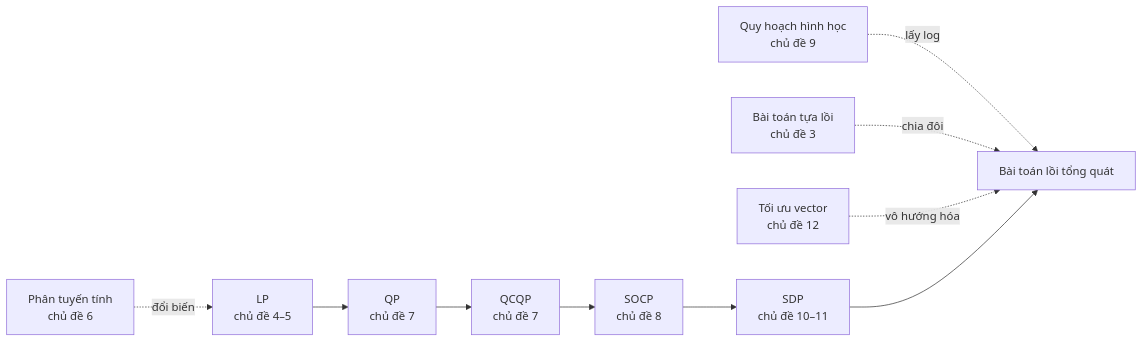
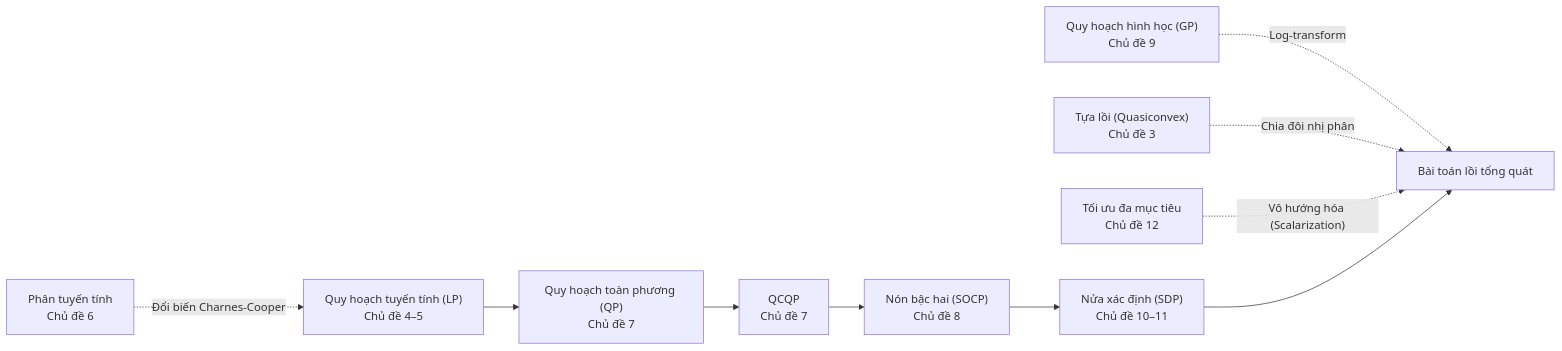
Before and after one commit to KazinMintori/StudyHub: the diagram in docs/toan-cho-ai/bai-giang/bai-02-tap-loi.md, drawn with Mermaid. The commit also changed other lines of this file and 26 other files, not shown here.

````diff
--- a/docs/toan-cho-ai/bai-giang/bai-02-tap-loi.md
+++ b/docs/toan-cho-ai/bai-giang/bai-02-tap-loi.md
@@ -52,12 +72,12 @@
 ```mermaid
 flowchart LR
-    LP["LP<br/>chủ đề 4–5"] --> QP["QP<br/>chủ đề 7"]
-    QP --> QCQP["QCQP<br/>chủ đề 7"]
-    QCQP --> SOCP["SOCP<br/>chủ đề 8"]
-    SOCP --> SDP["SDP<br/>chủ đề 10–11"]
-    LFP["Phân tuyến tính<br/>chủ đề 6"] -.->|"đổi biến"| LP
-    GP["Quy hoạch hình học<br/>chủ đề 9"] -.->|"lấy log"| CVX["Bài toán lồi tổng quát"]
-    QCVX["Bài toán tựa lồi<br/>chủ đề 3"] -.->|"chia đôi"| CVX
-    VEC["Tối ưu vector<br/>chủ đề 12"] -.->|"vô hướng hóa"| CVX
+    LP["Quy hoạch tuyến tính (LP)<br/>Chủ đề 4–5"] --> QP["Quy hoạch toàn phương (QP)<br/>Chủ đề 7"]
+    QP --> QCQP["QCQP<br/>Chủ đề 7"]
+    QCQP --> SOCP["Nón bậc hai (SOCP)<br/>Chủ đề 8"]
+    SOCP --> SDP["Nửa xác định (SDP)<br/>Chủ đề 10–11"]
+    LFP["Phân tuyến tính<br/>Chủ đề 6"] -.->|"Đổi biến Charnes-Cooper"| LP
+    GP["Quy hoạch hình học (GP)<br/>Chủ đề 9"] -.->|"Log-transform"| CVX["Bài toán lồi tổng quát"]
+    QCVX["Tựa lồi (Quasiconvex)<br/>Chủ đề 3"] -.->|"Chia đôi nhị phân"| CVX
+    VEC["Tối ưu đa mục tiêu<br/>Chủ đề 12"] -.->|"Vô hướng hóa (Scalarization)"| CVX
     SDP --> CVX
 ```
````
